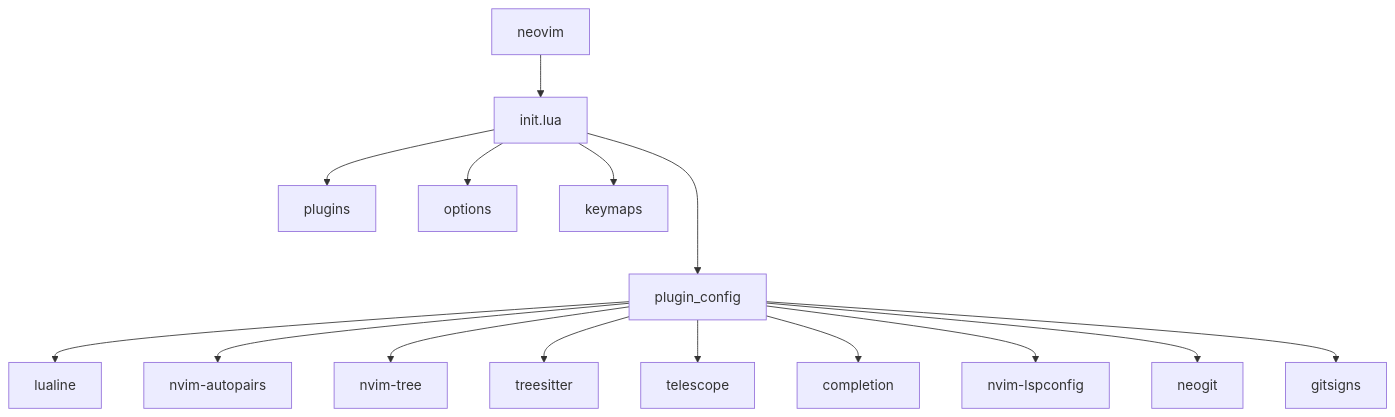
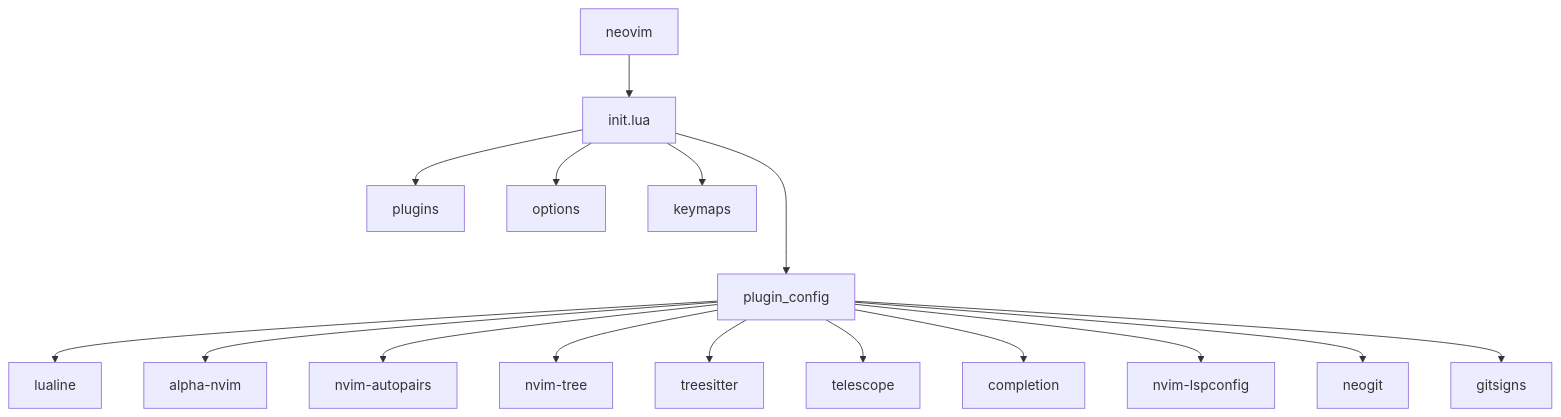
Before and after one commit to jpnt/nvim-config: the diagram in README.md, drawn with Mermaid. The commit also changed other lines of this file and 3 other files, not shown here.

Commit message:
Add alpha-nvim plugin

````diff
--- a/README.md
+++ b/README.md
@@ -38,19 +38,20 @@
 ```mermaid
 graph TD;
     neovim-->init.lua;
 
     init.lua-->plugins;
     init.lua--->plugin_config;
     init.lua-->options;
     init.lua-->keymaps;
 
     plugin_config-->lualine;
+    plugin_config-->alpha-nvim;
     plugin_config-->nvim-autopairs;
     plugin_config-->nvim-tree;
     plugin_config-->treesitter;
     plugin_config-->telescope;
     plugin_config-->completion;
     plugin_config-->nvim-lspconfig;
     plugin_config-->neogit;
     plugin_config-->gitsigns;
 ```
````
